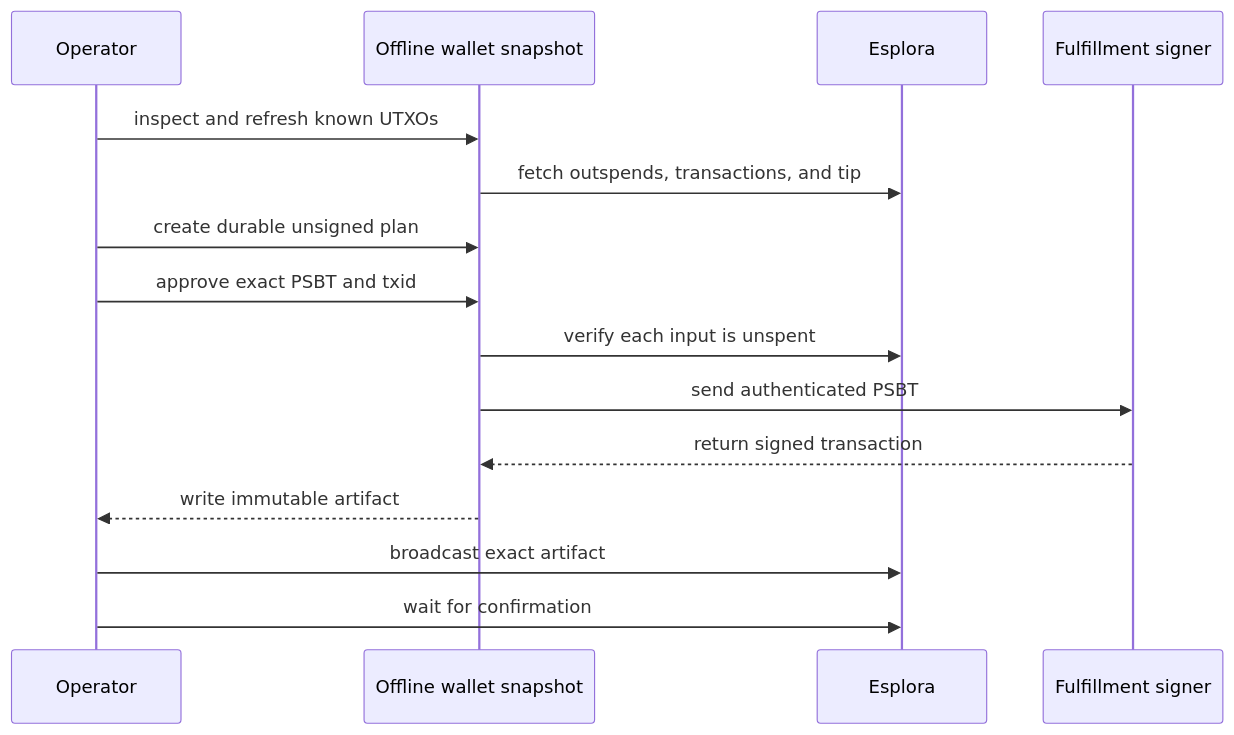
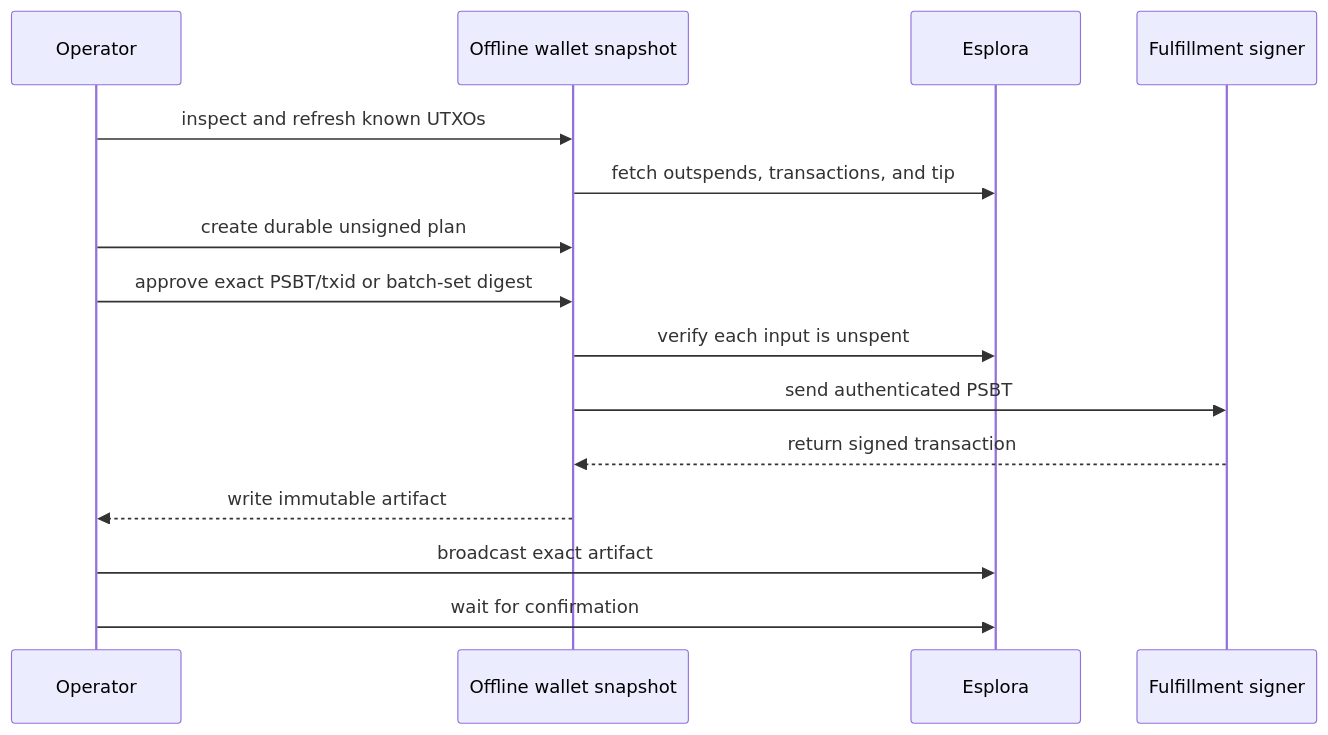
The diagram in provider-maintenance/README.md (tee8z/plank), drawn with Mermaid before and after one commit. The commit also changed other lines of this file and 1 other file, not shown here.

First line of the commit message:
feat(maintenance): batch wallet reset signing

````diff
--- a/provider-maintenance/README.md
+++ b/provider-maintenance/README.md
@@ -8,18 +8,18 @@
 ```mermaid
 sequenceDiagram
     participant Operator
     participant Snapshot as Offline wallet snapshot
     participant Esplora
     participant Signer as Fulfillment signer
 
     Operator->>Snapshot: inspect and refresh known UTXOs
     Snapshot->>Esplora: fetch outspends, transactions, and tip
     Operator->>Snapshot: create durable unsigned plan
-    Operator->>Snapshot: approve exact PSBT and txid
+    Operator->>Snapshot: approve exact PSBT/txid or batch-set digest
     Snapshot->>Esplora: verify each input is unspent
     Snapshot->>Signer: send authenticated PSBT
     Signer-->>Snapshot: return signed transaction
     Snapshot-->>Operator: write immutable artifact
     Operator->>Esplora: broadcast exact artifact
     Operator->>Esplora: wait for confirmation
 ```
````
